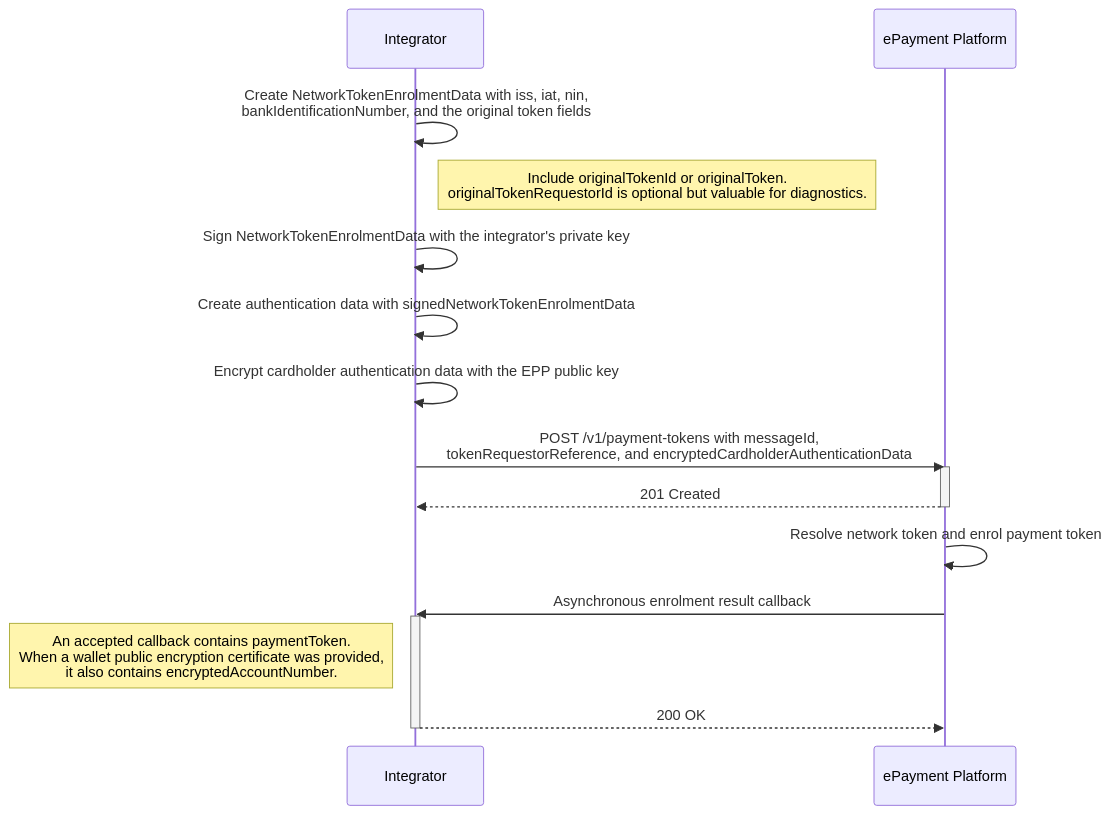
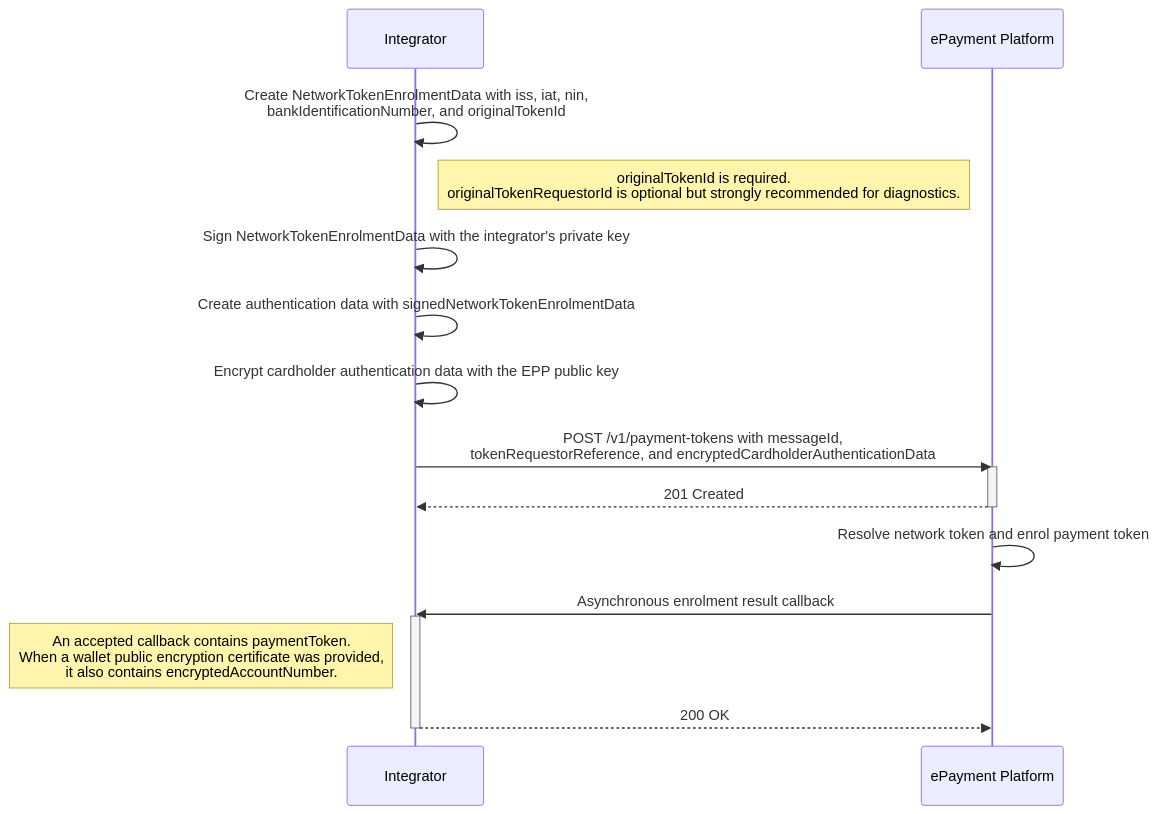
Before and after one commit to BankAxept/bankaxept-epayment-development-kit: the second of 3 diagrams in docs/enrolment_and_payment.md, drawn with Mermaid. The commit also changed other lines of this file and 2 other files, not shown here.

Commit message:
fix(enrolment): require original token id (#330)

````diff
--- a/docs/enrolment_and_payment.md
+++ b/docs/enrolment_and_payment.md
@@ -105,20 +106,20 @@
 ```mermaid
 sequenceDiagram
     participant Integrator
     participant EPP as ePayment Platform
-    Integrator ->> Integrator: Create NetworkTokenEnrolmentData with iss, iat, nin,<br/>bankIdentificationNumber, and the original token fields
-    note right of Integrator: Include originalTokenId or originalToken.<br/>originalTokenRequestorId is optional but valuable for diagnostics.
+    Integrator ->> Integrator: Create NetworkTokenEnrolmentData with iss, iat, nin,<br/>bankIdentificationNumber, and originalTokenId
+    note right of Integrator: originalTokenId is required.<br/>originalTokenRequestorId is optional but strongly recommended for diagnostics.
     Integrator ->> Integrator: Sign NetworkTokenEnrolmentData with the integrator's private key
     Integrator ->> Integrator: Create authentication data with signedNetworkTokenEnrolmentData
     Integrator ->> Integrator: Encrypt cardholder authentication data with the EPP public key
     Integrator ->> EPP: POST /v1/payment-tokens with messageId,<br/>tokenRequestorReference, and encryptedCardholderAuthenticationData
     activate EPP
     EPP -->> Integrator: 201 Created
     deactivate EPP
     EPP ->> EPP: Resolve network token and enrol payment token
     EPP ->> Integrator: Asynchronous enrolment result callback
     activate Integrator
     note left of Integrator: An accepted callback contains paymentToken.<br/>When a wallet public encryption certificate was provided,<br/>it also contains encryptedAccountNumber.
     Integrator -->> EPP: 200 OK
     deactivate Integrator
 ```
````
